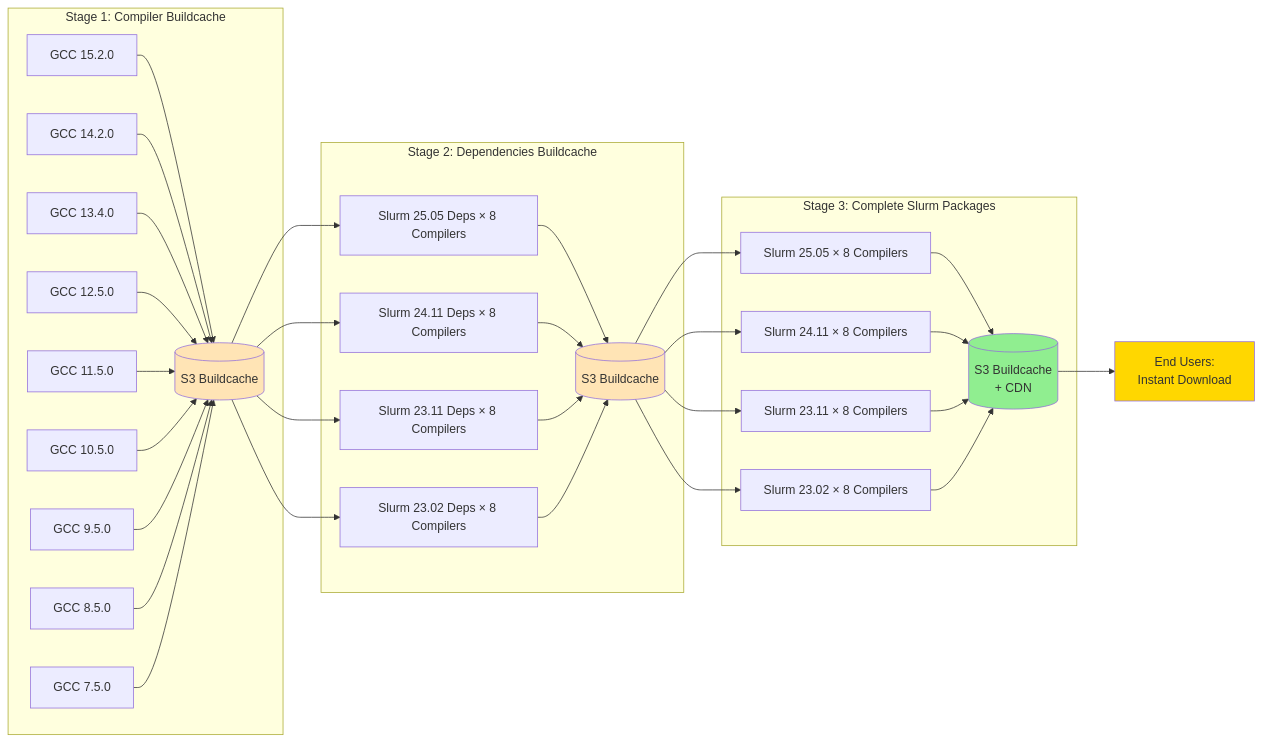
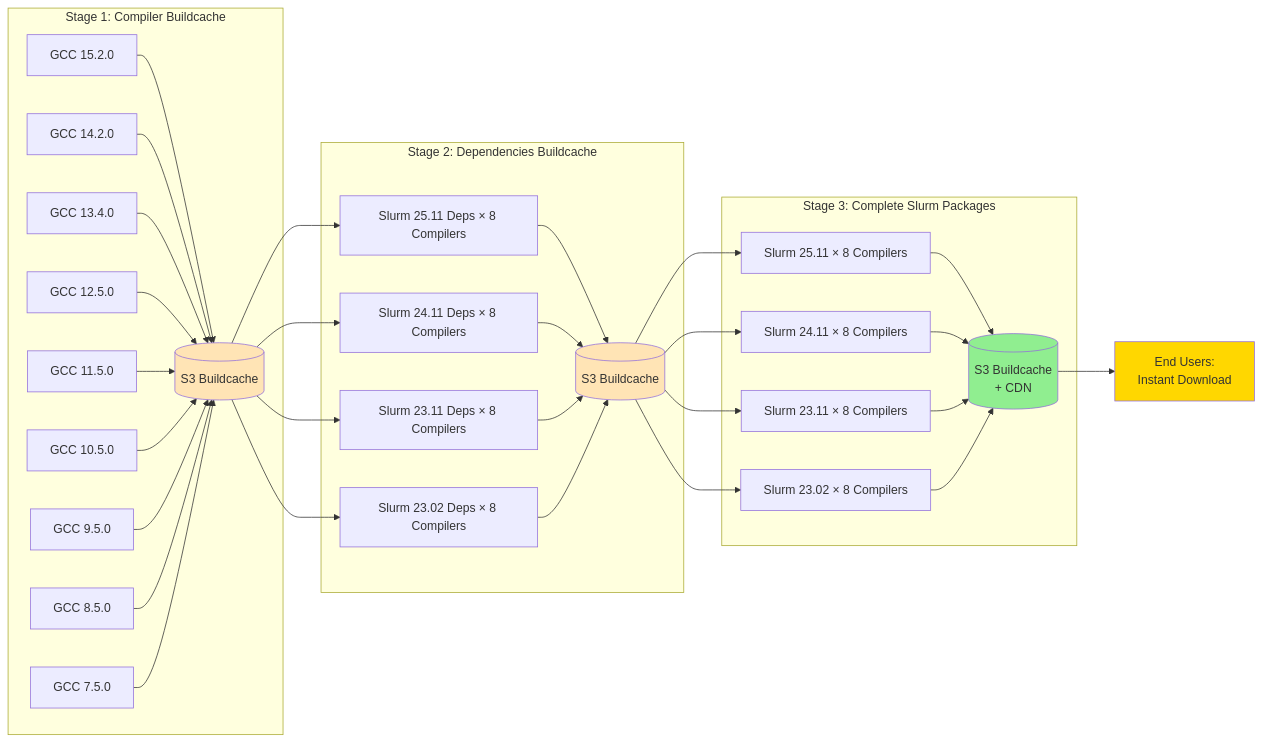
The second of 3 diagrams in docusaurus/docs/optimization.md (vantagecompute/slurm-factory), drawn with Mermaid before and after one commit. The commit also changed other lines of this file and 29 other files, not shown here.

````diff
--- a/docusaurus/docs/optimization.md
+++ b/docusaurus/docs/optimization.md
@@ -41,43 +41,43 @@
 ```mermaid
 graph LR
     subgraph "Stage 1: Compiler Buildcache"
         A1[GCC 15.2.0] --> BC1[(S3 Buildcache)]
         A2[GCC 14.2.0] --> BC1
         A3[GCC 13.4.0] --> BC1
         A4[GCC 12.5.0] --> BC1
         A5[GCC 11.5.0] --> BC1
         A6[GCC 10.5.0] --> BC1
         A7[GCC 9.5.0] --> BC1
         A8[GCC 8.5.0] --> BC1
         A9[GCC 7.5.0] --> BC1
     end
     
     subgraph "Stage 2: Dependencies Buildcache"
-        BC1 --> B1[Slurm 25.05 Deps × 8 Compilers]
+        BC1 --> B1[Slurm 25.11 Deps × 8 Compilers]
         BC1 --> B2[Slurm 24.11 Deps × 8 Compilers]
         BC1 --> B3[Slurm 23.11 Deps × 8 Compilers]
         BC1 --> B4[Slurm 23.02 Deps × 8 Compilers]
         B1 --> BC2[(S3 Buildcache)]
         B2 --> BC2
         B3 --> BC2
         B4 --> BC2
     end
     
     subgraph "Stage 3: Complete Slurm Packages"
-        BC2 --> C1[Slurm 25.05 × 8 Compilers]
+        BC2 --> C1[Slurm 25.11 × 8 Compilers]
         BC2 --> C2[Slurm 24.11 × 8 Compilers]
         BC2 --> C3[Slurm 23.11 × 8 Compilers]
         BC2 --> C4[Slurm 23.02 × 8 Compilers]
         C1 --> BC3[(S3 Buildcache<br/>+ CDN)]
         C2 --> BC3
         C3 --> BC3
         C4 --> BC3
     end
     
     BC3 --> D[End Users:<br/>Instant Download]
     
     style BC1 fill:#FFE4B5
     style BC2 fill:#FFE4B5
     style BC3 fill:#90EE90
     style D fill:#FFD700
 ```
````
